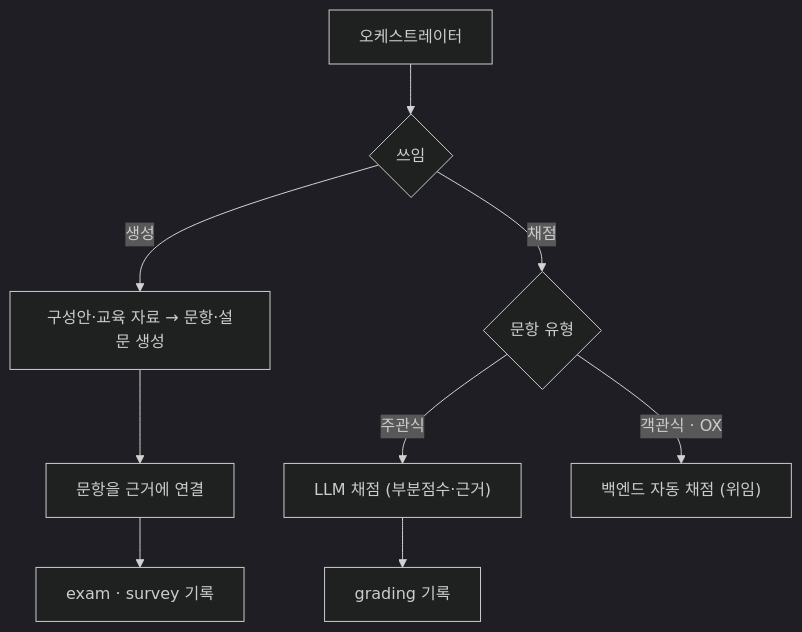
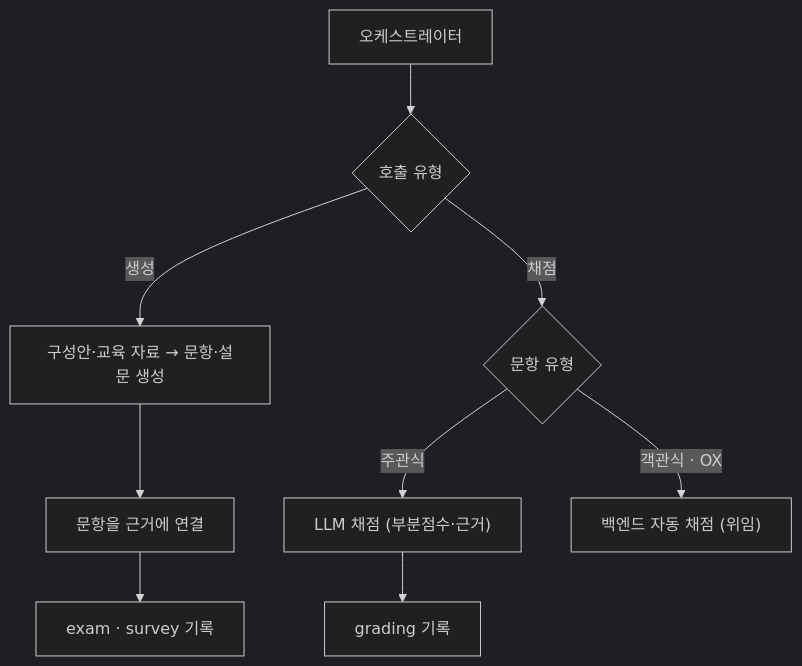
Before and after one commit to Doc-AI-Agent-development/Doc-AI-Agent-development.github.io: the second of 2 diagrams in docs/agents/exam_generation.md, drawn with Mermaid (dark theme). The commit also changed 1 other file, not shown here.

Commit message:
Clarify branch label: 쓰임 -> 호출 유형 in flow diagrams

````diff
--- a/docs/agents/exam_generation.md
+++ b/docs/agents/exam_generation.md
@@ -46,11 +46,11 @@
 ```mermaid
 flowchart TD
-    ORCH["오케스트레이터"] --> U{"쓰임"}
+    ORCH["오케스트레이터"] --> U{"호출 유형"}
     U -->|"생성"| G["구성안·교육 자료 → 문항·설문 생성"]
     G --> EV["문항을 근거에 연결"]
     EV --> OUT1["exam · survey 기록"]
     U -->|"채점"| GR{"문항 유형"}
     GR -->|"주관식"| LLMG["LLM 채점 (부분점수·근거)"]
     GR -->|"객관식 · OX"| AUTO["백엔드 자동 채점 (위임)"]
     LLMG --> OUT2["grading 기록"]
 ```
````
